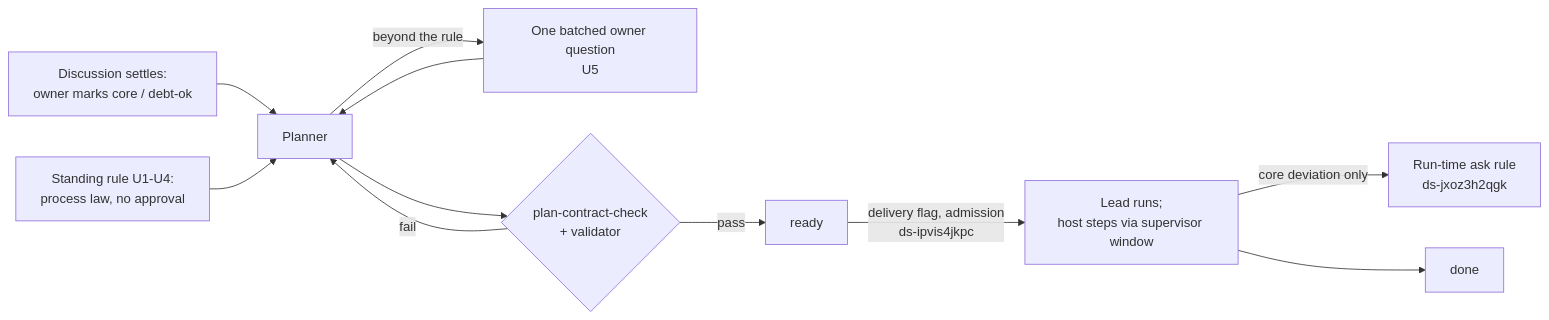
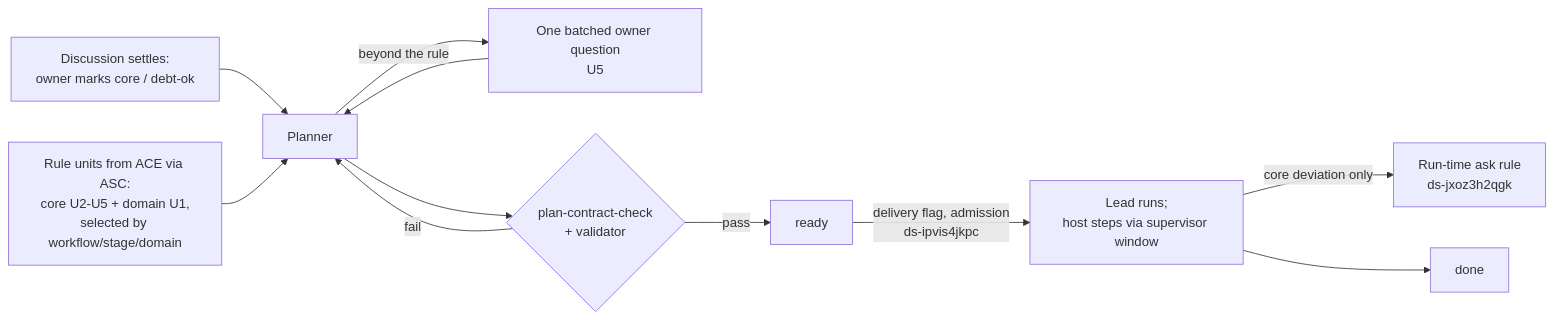
The diagram in plans/discussions/ds-que32ftgg6-ready-plan-runs-unattended/DISCUSSION.md (vantt/forgent), drawn with Mermaid before and after one commit. The commit also changed other lines of this file, not shown here.

Commit message:
discussion(ready-plan-runs-unattended): place the standing rule as rule units selected per workflow, no hardcoded lists

````diff
--- a/plans/discussions/ds-que32ftgg6-ready-plan-runs-unattended/DISCUSSION.md
+++ b/plans/discussions/ds-que32ftgg6-ready-plan-runs-unattended/DISCUSSION.md
@@ -123,13 +142,13 @@
 ```mermaid
 flowchart LR
   D[Discussion settles:<br/>owner marks core / debt-ok] --> P[Planner]
-  L[Standing rule U1-U4:<br/>process law, no approval] --> P
+  L[Rule units from ACE via ASC:<br/>core U2-U5 + domain U1,<br/>selected by workflow/stage/domain] --> P
   P -->|beyond the rule| Q[One batched owner question<br/>U5]
   Q --> P
   P --> C{plan-contract-check<br/>+ validator}
   C -->|pass| R[ready]
   C -->|fail| P
   R -->|delivery flag, admission<br/>ds-ipvis4jkpc| RUN[Lead runs;<br/>host steps via supervisor window]
   RUN -->|core deviation only| ASK[Run-time ask rule<br/>ds-jxoz3h2qgk]
   RUN --> DONE[done]
 ```
````
